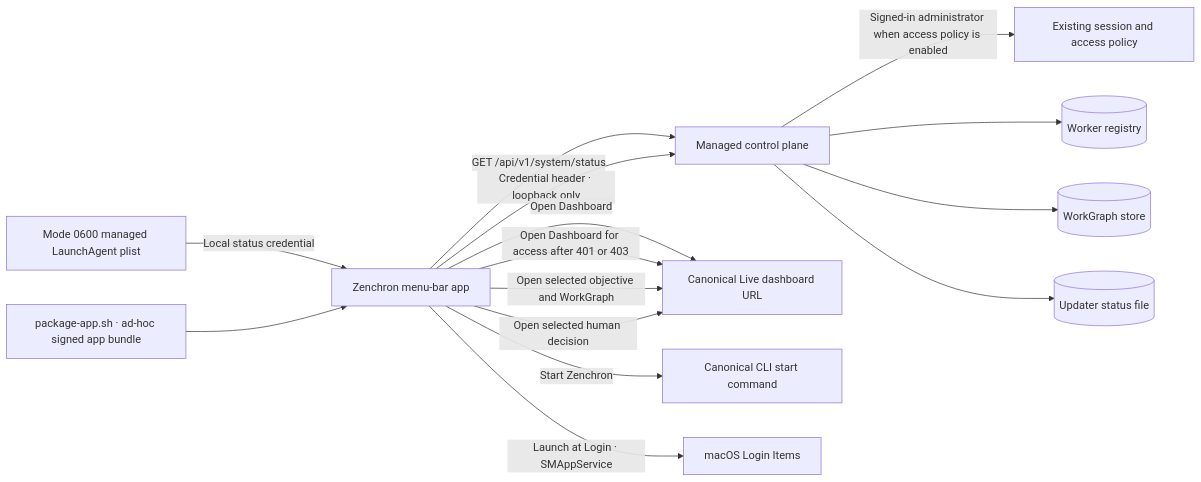
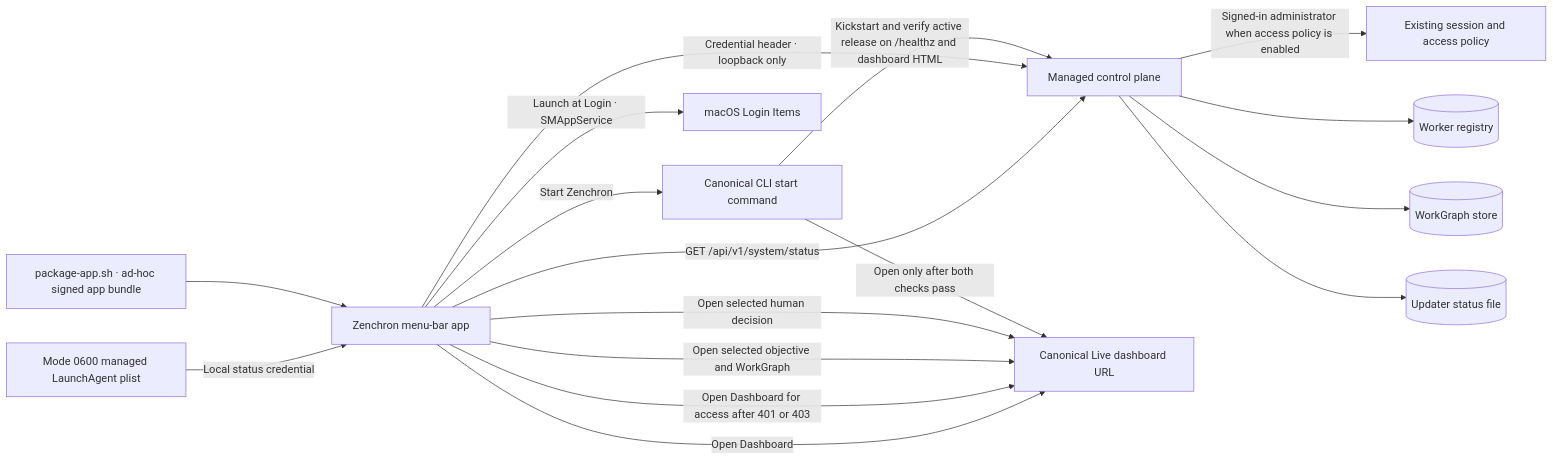
The diagram in docs/features/macos-menu-bar-companion.md (bogdaniel/zenchron-engineering-os), drawn with Mermaid before and after one commit. The commit also changed other lines of this file and 4 other files, not shown here.

Commit message:
fix(macos): verify managed release before opening dashboard

````diff
--- a/docs/features/macos-menu-bar-companion.md
+++ b/docs/features/macos-menu-bar-companion.md
@@ -8,17 +8,19 @@
 ```mermaid
 flowchart LR
   Companion[Zenchron menu-bar app] -->|GET /api/v1/system/status| API[Managed control plane]
   LaunchAgent[Mode 0600 managed LaunchAgent plist] -->|Local status credential| Companion
   Companion -->|Credential header · loopback only| API
   API -->|Signed-in administrator when access policy is enabled| Auth[Existing session and access policy]
   API --> Workers[(Worker registry)]
   API --> Graphs[(WorkGraph store)]
   API --> Update[(Updater status file)]
   Companion -->|Open Dashboard| Browser[Canonical Live dashboard URL]
   Companion -->|Open Dashboard for access after 401 or 403| Browser
   Companion -->|Open selected objective and WorkGraph| Browser
   Companion -->|Open selected human decision| Browser
   Companion -->|Start Zenchron| CLI[Canonical CLI start command]
+  CLI -->|Kickstart and verify active release on /healthz and dashboard HTML| API
+  CLI -->|Open only after both checks pass| Browser
   Bundle[package-app.sh · ad-hoc signed app bundle] --> Companion
   Companion -->|Launch at Login · SMAppService| Settings[macOS Login Items]
 ```
````
